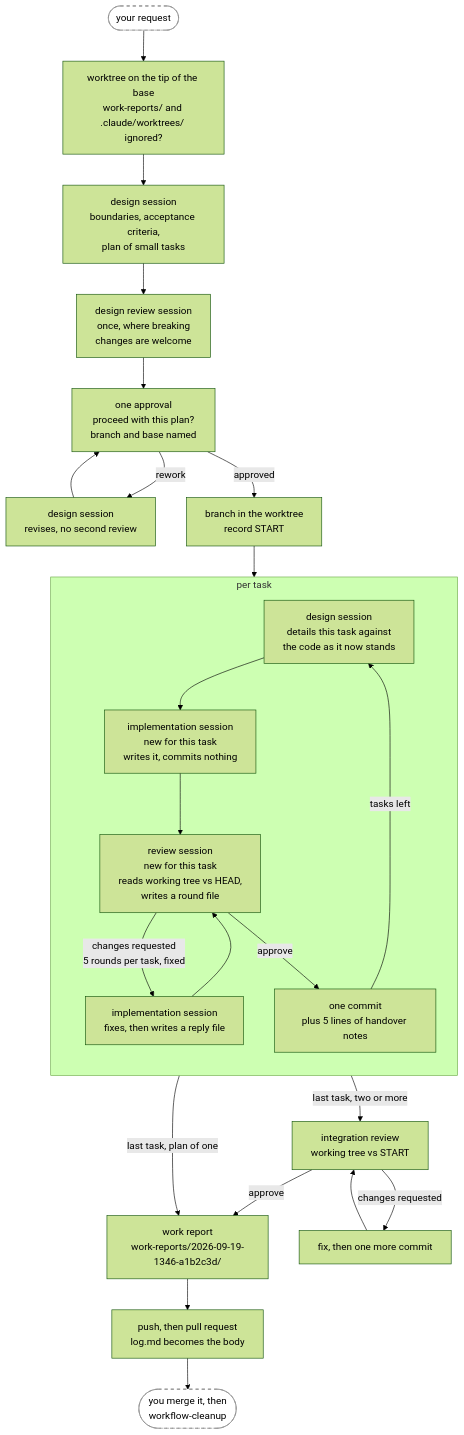
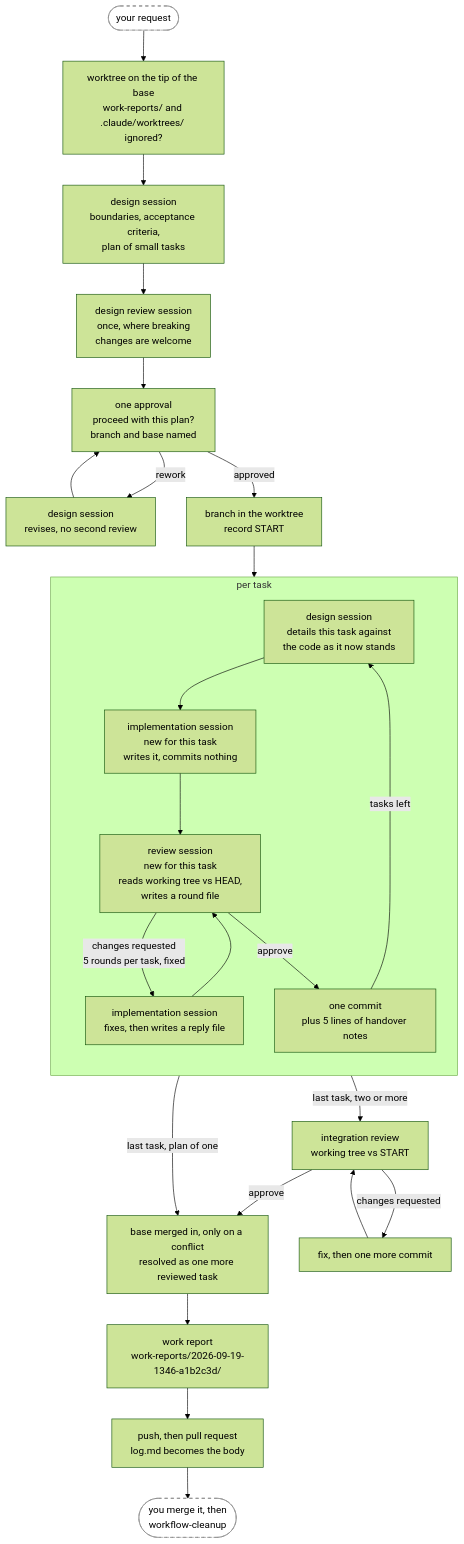
Before and after one commit to annetaan/claude-plugins: the second of 4 diagrams in plugins/annetaan/README.md, drawn with Mermaid (forest theme). The commit also changed other lines of this file and 8 other files, not shown here.

````diff
--- a/plugins/annetaan/README.md
+++ b/plugins/annetaan/README.md
@@ -113,33 +115,34 @@
 ```mermaid
 flowchart TD
     req(["your request"]) --> wt["worktree on the tip of the base<br/>work-reports/ and .claude/worktrees/ ignored?"] --> design["design session<br/>boundaries, acceptance criteria,<br/>plan of small tasks"]
     design --> dreview["design review session<br/>once, where breaking<br/>changes are welcome"] --> ask["one approval<br/>proceed with this plan?<br/>branch and base named"]
     ask -->|rework| redo["design session<br/>revises, no second review"] --> ask
     ask -->|approved| setup["branch in the worktree<br/>record START"]
     setup --> detail
 
     subgraph task["per task"]
         direction TB
         detail["design session<br/>details this task against<br/>the code as it now stands"]
         impl["implementation session<br/>new for this task<br/>writes it, commits nothing"]
         review["review session<br/>new for this task<br/>reads working tree vs HEAD,<br/>writes a round file"]
         respond["implementation session<br/>fixes, then writes a reply file"]
         commit["one commit<br/>plus 5 lines of handover notes"]
         detail --> impl --> review
         review -->|"changes requested<br/>5 rounds per task, fixed"| respond
         respond --> review
         review -->|approve| commit
         commit -->|tasks left| detail
     end
 
     commit -->|"last task, two or more"| integ["integration review<br/>working tree vs START"]
-    commit -->|"last task, plan of one"| report
+    commit -->|"last task, plan of one"| sync
     integ -->|changes requested| integfix["fix, then one more commit"]
     integfix --> integ
-    integ -->|approve| report["work report<br/>work-reports/2026-09-19-1346-a1b2c3d/"]
+    integ -->|approve| sync["base merged in, only on a conflict<br/>resolved as one more reviewed task"]
+    sync --> report["work report<br/>work-reports/2026-09-19-1346-a1b2c3d/"]
     report --> pr["push, then pull request<br/>log.md becomes the body"]
     pr --> clean(["you merge it, then<br/>workflow-cleanup"])
 
     classDef human fill:#fff,stroke:#888,stroke-dasharray: 5 5
     class req,clean human
 ```
````
